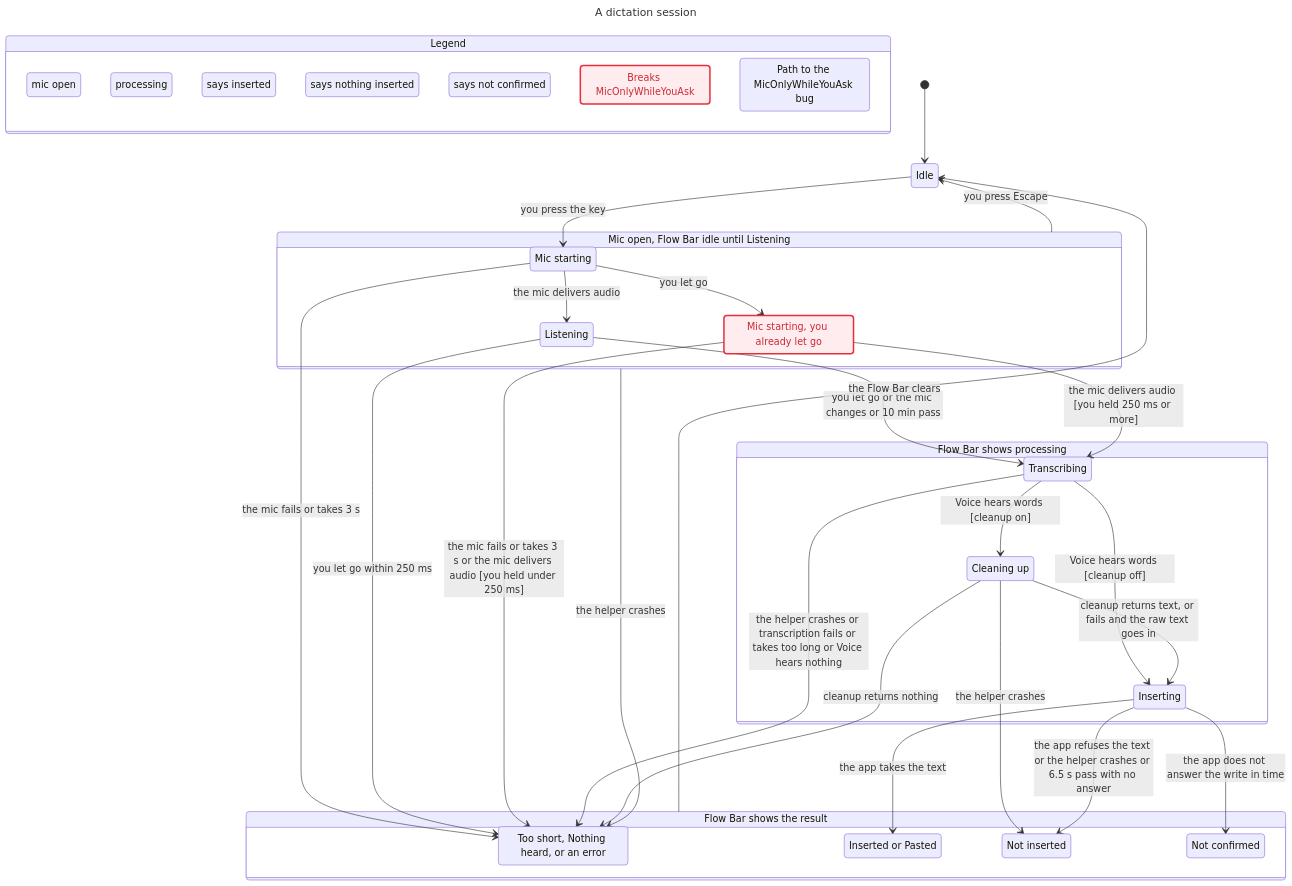
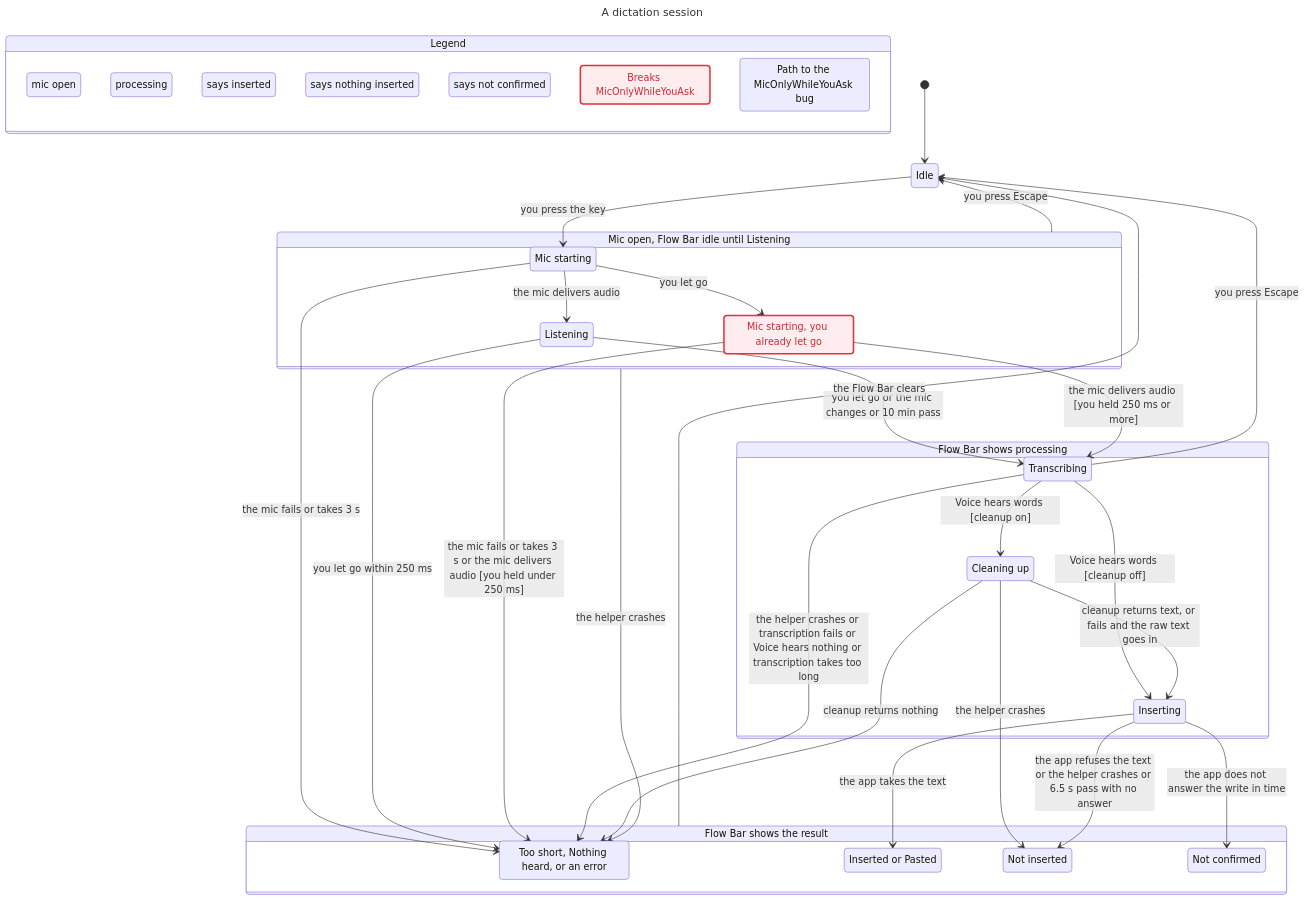
The diagram in .claude/skills/verify/statecharts/dictation.md (codlume/voice), drawn with Mermaid before and after one commit. The commit also changed other lines of this file and 23 other files, not shown here.

````diff
--- a/.claude/skills/verify/statecharts/dictation.md
+++ b/.claude/skills/verify/statecharts/dictation.md
@@ -5,75 +5,76 @@
 ```mermaid
 ---
 title: "A dictation session"
 ---
 stateDiagram-v2
   state "Legend" as legend {
     lg0: mic open
     lg1: processing
     lg2: says inserted
     lg3: says nothing inserted
     lg4: says not confirmed
     lg5: Breaks MicOnlyWhileYouAsk
     lg6: Path to the MicOnlyWhileYouAsk bug
   }
   class lg0 orange
   class lg1 blue
   class lg2 teal
   class lg3 tan
   class lg4 yellow
   class lg5 breaks
   class lg6 bugPath
   s0: Idle
   state "Mic open, Flow Bar idle until Listening" as s1 {
     s2: Mic starting
     s3: Listening
     s4: Mic starting, you already let go
   }
   state "Flow Bar shows the result" as s5 {
     s6: Too short, Nothing heard, or an error
     s7: Inserted or Pasted
     s8: Not inserted
     s9: Not confirmed
   }
   state "Flow Bar shows processing" as s10 {
     s11: Transcribing
     s12: Cleaning up
     s13: Inserting
   }
   [*] --> s0
   s0 --> s2: you press the key
   s2 --> s6: the mic fails or takes 3 s
   s2 --> s3: the mic delivers audio
   s2 --> s4: you let go
   s3 --> s6: you let go within 250 ms
   s3 --> s11: you let go or the mic changes or 10 min pass
   s4 --> s6: the mic fails or takes 3 s or the mic delivers audio [you held under 250 ms]
   s4 --> s11: the mic delivers audio [you held 250 ms or more]
-  s11 --> s6: the helper crashes or transcription fails or takes too long or Voice hears nothing
+  s11 --> s0: you press Escape
+  s11 --> s6: the helper crashes or transcription fails or Voice hears nothing or transcription takes too long
   s11 --> s12: Voice hears words [cleanup on]
   s11 --> s13: Voice hears words [cleanup off]
   s12 --> s13: cleanup returns text, or fails and the raw text goes in
   s12 --> s6: cleanup returns nothing
   s12 --> s8: the helper crashes
   s13 --> s7: the app takes the text
   s13 --> s8: the app refuses the text or the helper crashes or 6.5 s pass with no answer
   s13 --> s9: the app does not answer the write in time
   s1 --> s0: you press Escape
   s1 --> s6: the helper crashes
   s5 --> s0: the Flow Bar clears
   classDef breaks fill:#ffecee,stroke:#e72e3b,stroke-width:2.5px,color:#cd2834
   class s0 bugPath
   class s2 orange
   class s2 bugPath
   class s3 orange
   class s4 orange
   class s4 breaks
   class s4 bugPath
   class s6 tan
   class s7 teal
   class s8 tan
   class s9 yellow
   class s11 blue
   class s12 blue
   class s13 blue
 ```
````
